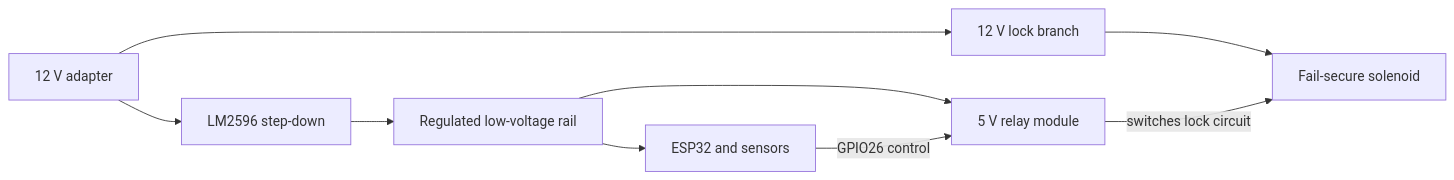
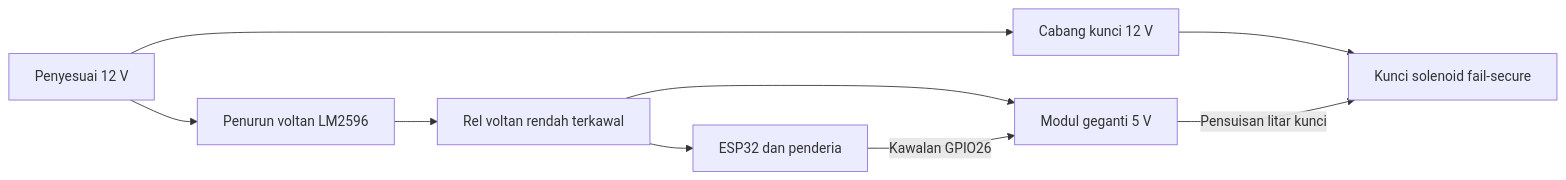
The third of 3 diagrams in README.md (Alepz27/PTA-Smart-Door), drawn with Mermaid before and after one commit. The commit also changed other lines of this file, not shown here.

````diff
--- a/README.md
+++ b/README.md
@@ -297,8 +219,8 @@
 ```mermaid
 flowchart LR
-    ADAPTER["12 V adapter"] --> LOCKBRANCH["12 V lock branch"] --> SOLENOID["Fail-secure solenoid"]
-    ADAPTER --> LM["LM2596 step-down"] --> LV["Regulated low-voltage rail"]
-    LV --> ESP32["ESP32 and sensors"]
-    LV --> RELAY["5 V relay module"]
-    ESP32 -->|GPIO26 control| RELAY -->|switches lock circuit| SOLENOID
+    ADAPTER["Penyesuai 12 V"] --> LOCKBRANCH["Cabang kunci 12 V"] --> SOLENOID["Kunci solenoid fail-secure"]
+    ADAPTER --> LM["Penurun voltan LM2596"] --> LV["Rel voltan rendah terkawal"]
+    LV --> ESP32["ESP32 dan penderia"]
+    LV --> RELAY["Modul geganti 5 V"]
+    ESP32 -->|"Kawalan GPIO26"| RELAY -->|"Pensuisan litar kunci"| SOLENOID
 ```
````
